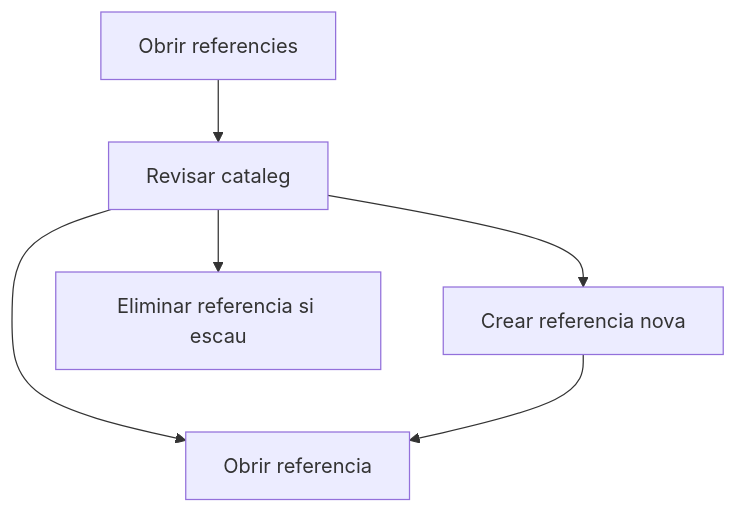
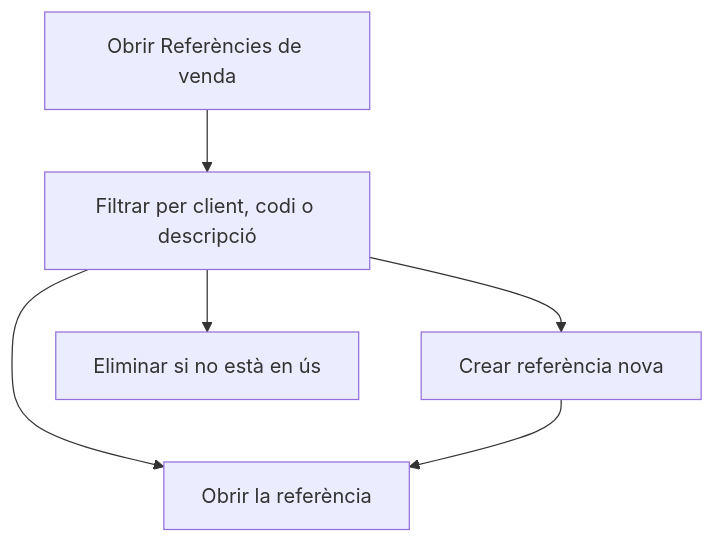
One commit to MGurtD/lilith changed the diagram in frontend/src/help/ca/sales/reference/list.md. Above: the diagram before and after it, drawn with Mermaid. The commit also changed other lines of this file and 331 other files, not shown here.

````diff
--- a/frontend/src/help/ca/sales/reference/list.md
+++ b/frontend/src/help/ca/sales/reference/list.md
@@ -34,8 +41,8 @@
 ```mermaid
 flowchart TD
-    A[Obrir referencies] --> B[Revisar cataleg]
-    B --> C[Obrir referencia]
-    B --> D[Crear referencia nova]
+    A[Obrir Referències de venda] --> B[Filtrar per client, codi o descripció]
+    B --> C[Obrir la referència]
+    B --> D[Crear referència nova]
     D --> C
-    B --> E[Eliminar referencia si escau]
+    B --> E[Eliminar si no està en ús]
 ```
````
